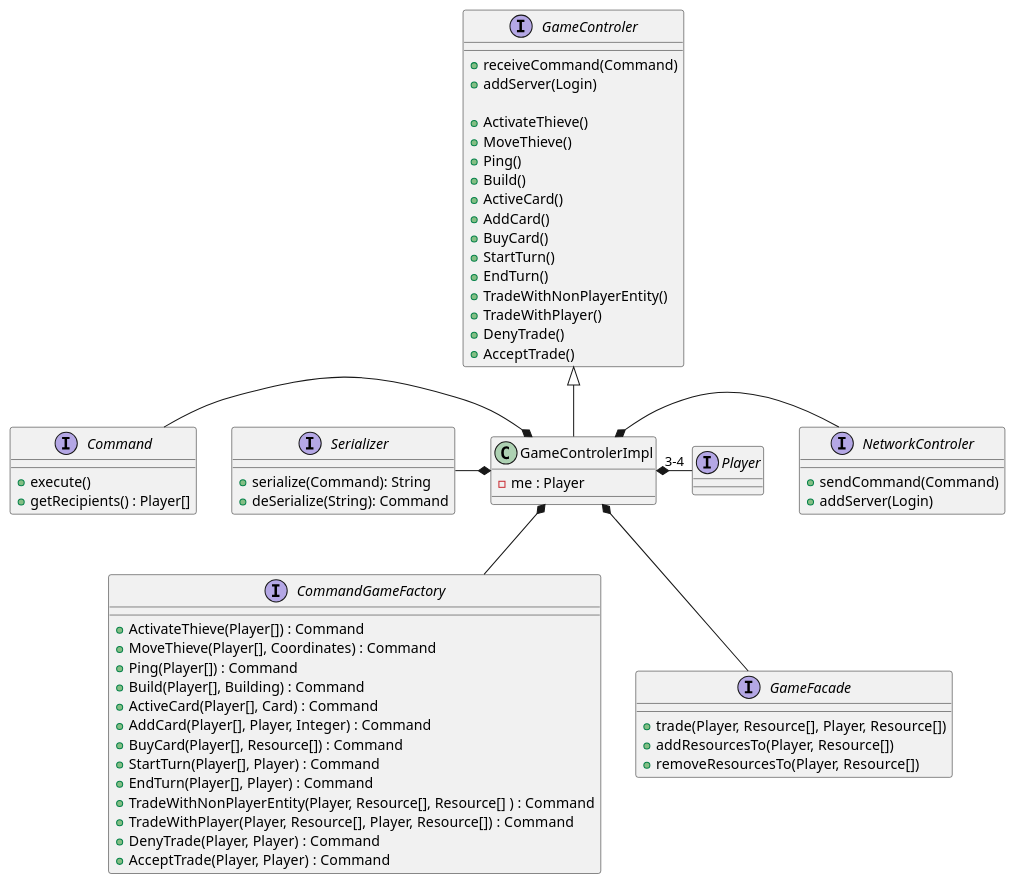
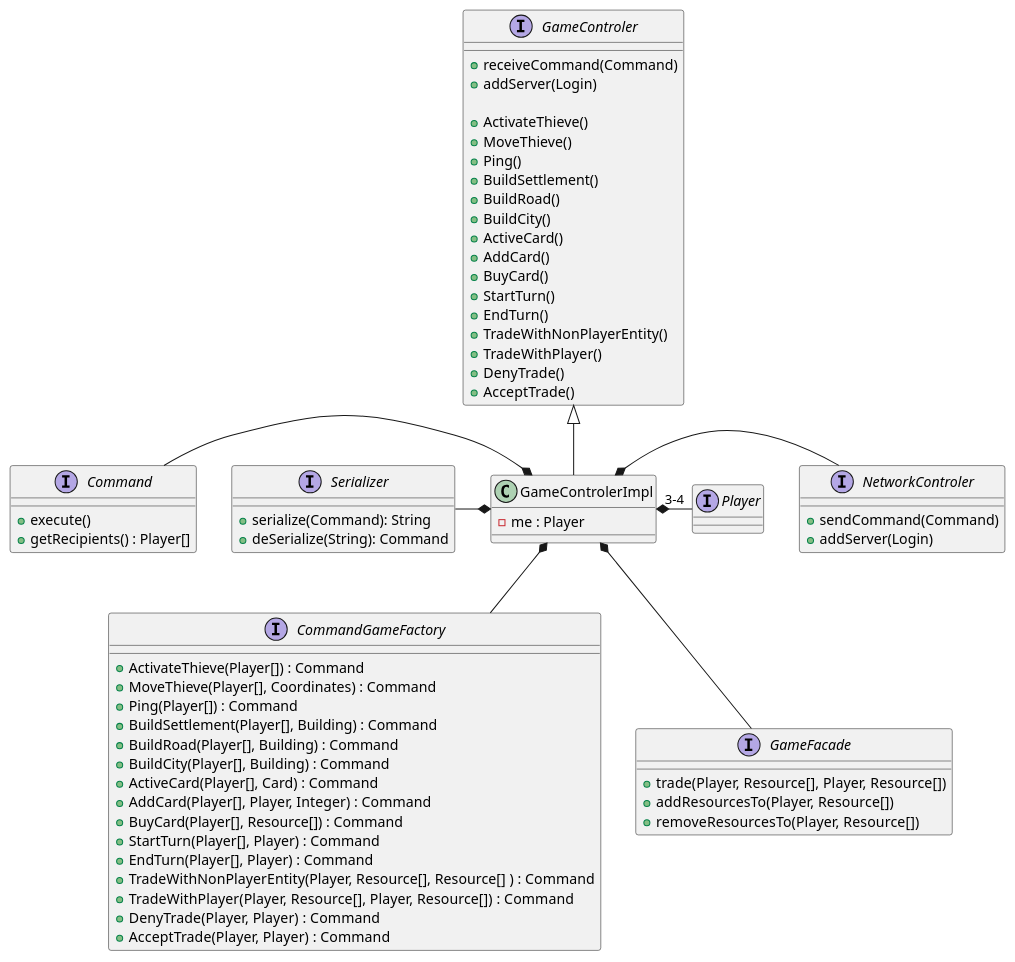
Before and after one commit to theray1/Les-Colons-De-Catane: the diagram in catan-doc/modules/conception/pages/classDiagramGameControlerClient.plantuml, drawn with PlantUML.

```diff
--- a/catan-doc/modules/conception/pages/classDiagramGameControlerClient.plantuml
+++ b/catan-doc/modules/conception/pages/classDiagramGameControlerClient.plantuml
@@ -1,73 +1,77 @@
 @startuml
 
 interface GameControler{
 	+receiveCommand(Command)
 	+addServer(Login)
 	
 	+ActivateThieve()
 	+MoveThieve()
 	+Ping()
-	+Build()
+	+BuildSettlement()
+	+BuildRoad()
+	+BuildCity()
 	+ActiveCard()
 	+AddCard()
 	+BuyCard()
 	+StartTurn()
 	+EndTurn()
 	+TradeWithNonPlayerEntity()
 	+TradeWithPlayer()
 	+DenyTrade()
 	+AcceptTrade()
 }
 
 
 interface Command {
     +execute()
     +getRecipients() : Player[]
 }
 
 interface Serializer {
     +serialize(Command): String
     +deSerialize(String): Command
 }
 
 interface NetworkControler {
 	+sendCommand(Command)
 	+addServer(Login)
 }
 
 interface CommandGameFactory {
 	+ActivateThieve(Player[]) : Command
 	+MoveThieve(Player[], Coordinates) : Command
 	+Ping(Player[]) : Command
-	+Build(Player[], Building) : Command
+	+BuildSettlement(Player[], Building) : Command
+	+BuildRoad(Player[], Building) : Command
+	+BuildCity(Player[], Building) : Command
 	+ActiveCard(Player[], Card) : Command
 	+AddCard(Player[], Player, Integer) : Command
 	+BuyCard(Player[], Resource[]) : Command
 	+StartTurn(Player[], Player) : Command
 	+EndTurn(Player[], Player) : Command
 	+TradeWithNonPlayerEntity(Player, Resource[], Resource[] ) : Command
 	+TradeWithPlayer(Player, Resource[], Player, Resource[]) : Command
 	+DenyTrade(Player, Player) : Command
 	+AcceptTrade(Player, Player) : Command
 }
 
 interface Player{}
 interface GameFacade {
 	+trade(Player, Resource[], Player, Resource[])
 	+addResourcesTo(Player, Resource[])
 	+removeResourcesTo(Player, Resource[])
 }
 
 class GameControlerImpl{
 	-me : Player
 }
 
 GameControler <|-down- GameControlerImpl
 GameControlerImpl *-down- CommandGameFactory
 GameControlerImpl *-right- NetworkControler
 GameControlerImpl *-down- GameFacade
 GameControlerImpl *-left- Serializer
 GameControlerImpl *-right- "3-4" Player
 GameControlerImpl *-left- Command
 
 @enduml
```
